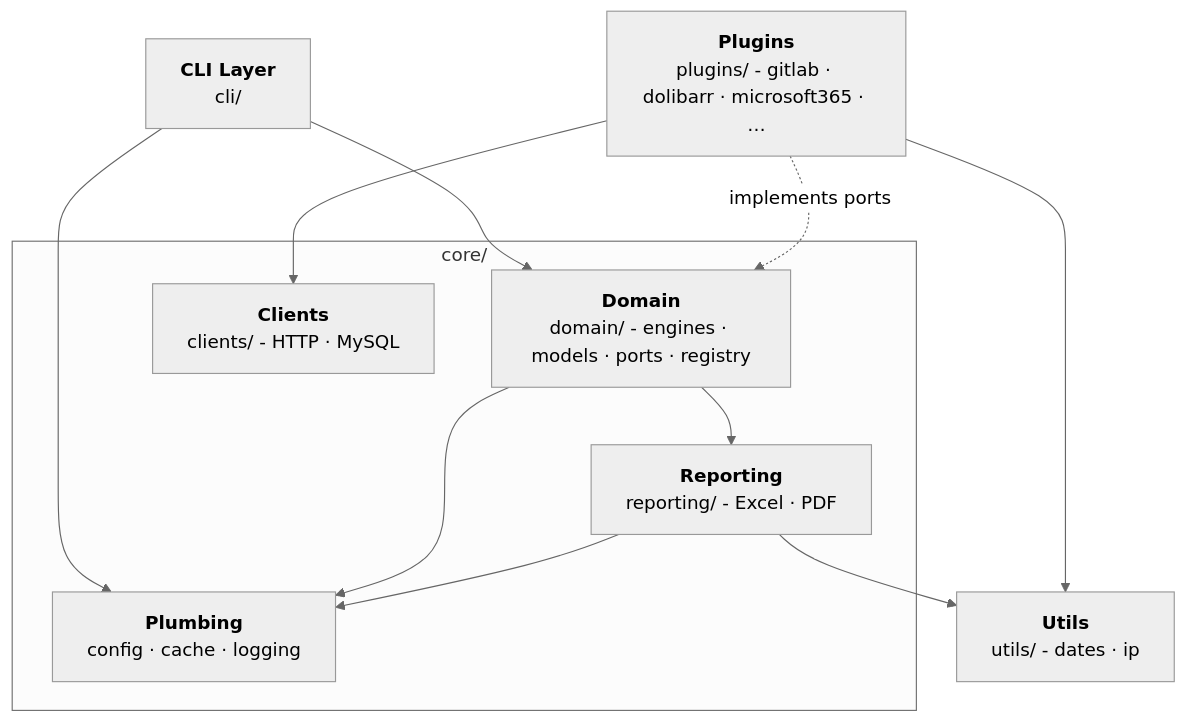
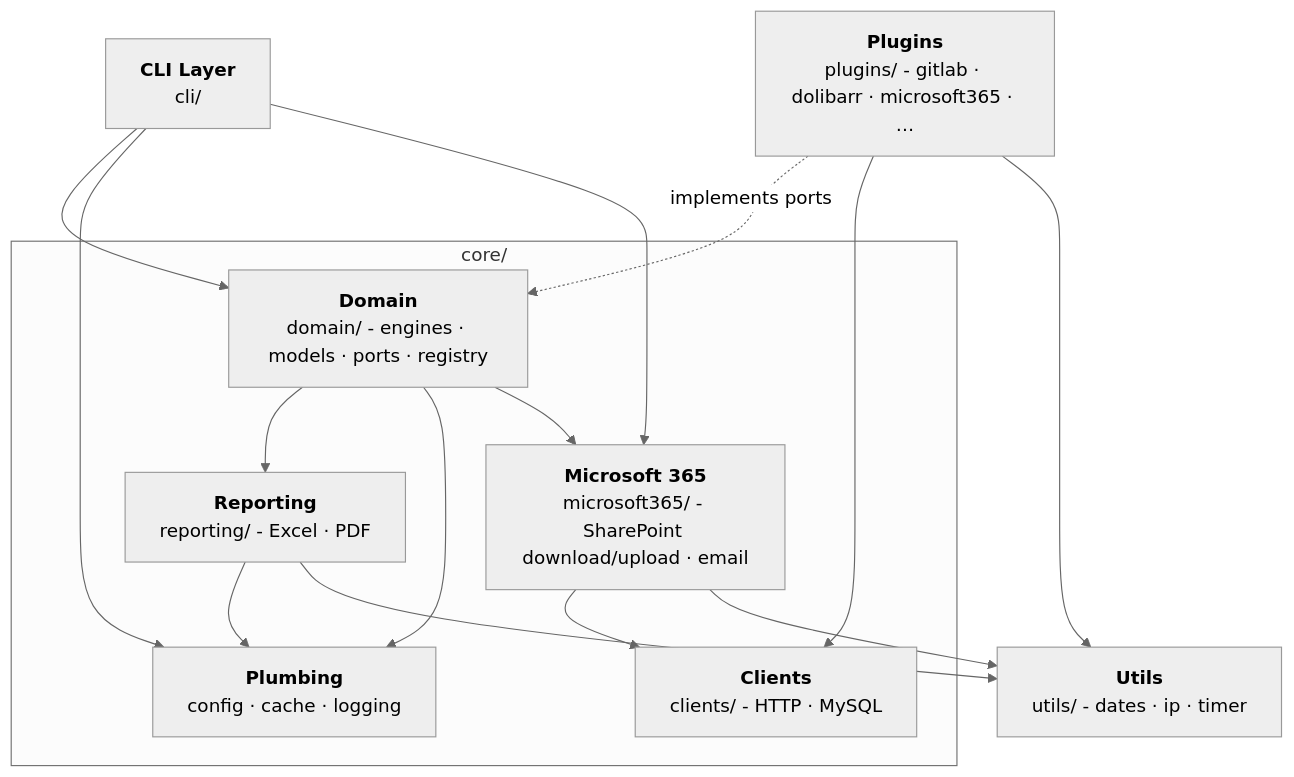
Before and after one commit to Kyonew/assets-guardian: the first of 6 diagrams in docs/markdown/ARCHITECTURE.md, drawn with Mermaid (neutral theme). The commit also changed other lines of this file and 89 other files, not shown here.

````diff
--- a/docs/markdown/ARCHITECTURE.md
+++ b/docs/markdown/ARCHITECTURE.md
@@ -24,23 +26,28 @@
 ```mermaid
 graph TD
     CLI["<b>CLI Layer</b><br/>cli/"]
-    UTILS["<b>Utils</b><br/>utils/ - dates · ip"]
+    UTILS["<b>Utils</b><br/>utils/ - dates · ip · timer"]
     PLUGINS["<b>Plugins</b><br/>plugins/ - gitlab · dolibarr · microsoft365 · …"]
 
     subgraph CORE["core/"]
         DOMAIN["<b>Domain</b><br/>domain/ - engines · models · ports · registry"]
         REPORTING["<b>Reporting</b><br/>reporting/ - Excel · PDF"]
         CLIENTS["<b>Clients</b><br/>clients/ - HTTP · MySQL"]
+        MICROSOFT365["<b>Microsoft 365</b><br/>microsoft365/ - SharePoint download/upload · email"]
         PLUMBING["<b>Plumbing</b><br/>config · cache · logging"]
     end
 
     CLI --> DOMAIN
     CLI --> PLUMBING
+    CLI --> MICROSOFT365
     DOMAIN --> REPORTING
     DOMAIN --> PLUMBING
+    DOMAIN --> MICROSOFT365
+    MICROSOFT365 --> CLIENTS
+    MICROSOFT365 --> UTILS
     PLUGINS -.->|"implements ports"| DOMAIN
     PLUGINS --> CLIENTS
     PLUGINS --> UTILS
     REPORTING --> PLUMBING
     REPORTING --> UTILS
 ```
````
